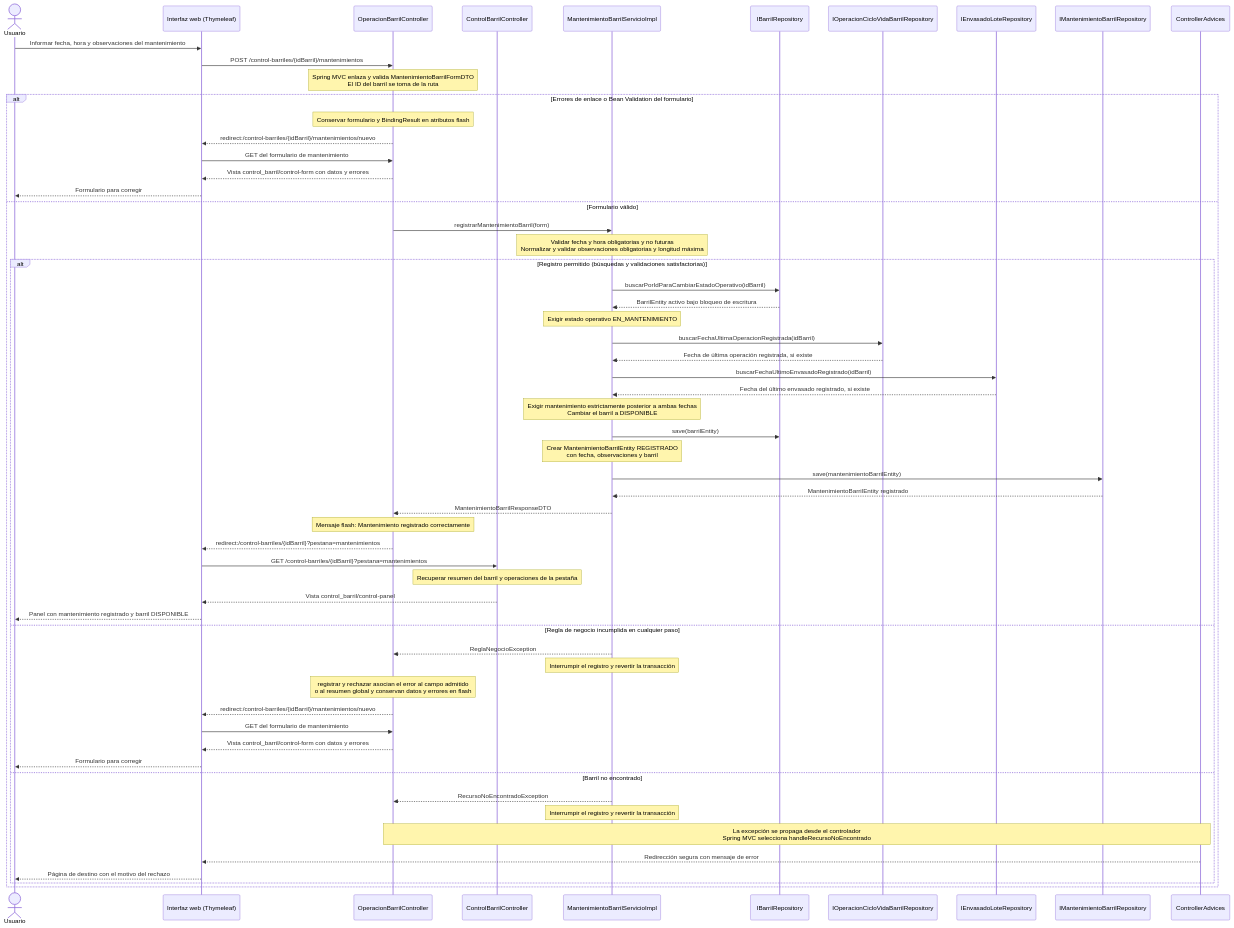
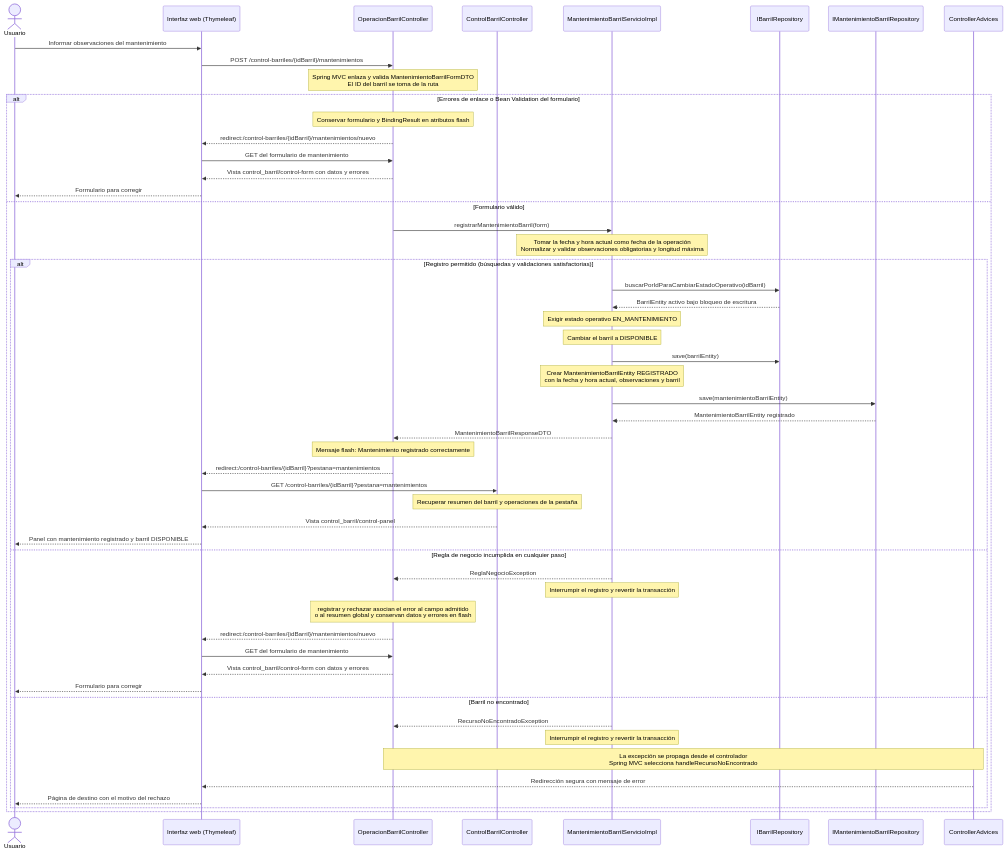
Before and after one commit to HeikyuDev/MaestroCervecero: the diagram in docs/MetodologiaUP/Diseño/DSD/DSD-registrarMantenimientoBarril.md, drawn with Mermaid. The commit also changed other lines of this file and 79 other files, not shown here.

First line of the commit message:
refactor(ciclo-vida): register lifecycle operations with the current date and time

````diff
--- a/docs/MetodologiaUP/Diseño/DSD/DSD-registrarMantenimientoBarril.md
+++ b/docs/MetodologiaUP/Diseño/DSD/DSD-registrarMantenimientoBarril.md
@@ -5,62 +5,56 @@
 ```mermaid
 sequenceDiagram
     actor Usuario
     participant Vista as Interfaz web (Thymeleaf)
     participant C as OperacionBarrilController
     participant Panel as ControlBarrilController
     participant S as MantenimientoBarrilServicioImpl
     participant B as IBarrilRepository
-    participant O as IOperacionCicloVidaBarrilRepository
-    participant E as IEnvasadoLoteRepository
     participant M as IMantenimientoBarrilRepository
     participant A as ControllerAdvices
 
-    Usuario->>Vista: Informar fecha, hora y observaciones del mantenimiento
+    Usuario->>Vista: Informar observaciones del mantenimiento
     Vista->>C: POST /control-barriles/{idBarril}/mantenimientos
     Note over C: Spring MVC enlaza y valida MantenimientoBarrilFormDTO<br/>El ID del barril se toma de la ruta
     alt Errores de enlace o Bean Validation del formulario
         Note over C: Conservar formulario y BindingResult en atributos flash
         C-->>Vista: redirect:/control-barriles/{idBarril}/mantenimientos/nuevo
         Vista->>C: GET del formulario de mantenimiento
         C-->>Vista: Vista control_barril/control-form con datos y errores
         Vista-->>Usuario: Formulario para corregir
     else Formulario válido
         C->>S: registrarMantenimientoBarril(form)
-        Note over S: Validar fecha y hora obligatorias y no futuras<br/>Normalizar y validar observaciones obligatorias y longitud máxima
+        Note over S: Tomar la fecha y hora actual como fecha de la operación<br/>Normalizar y validar observaciones obligatorias y longitud máxima
         alt Registro permitido (búsquedas y validaciones satisfactorias)
             S->>B: buscarPorIdParaCambiarEstadoOperativo(idBarril)
             B-->>S: BarrilEntity activo bajo bloqueo de escritura
             Note over S: Exigir estado operativo EN_MANTENIMIENTO
-            S->>O: buscarFechaUltimaOperacionRegistrada(idBarril)
-            O-->>S: Fecha de última operación registrada, si existe
-            S->>E: buscarFechaUltimoEnvasadoRegistrado(idBarril)
-            E-->>S: Fecha del último envasado registrado, si existe
-            Note over S: Exigir mantenimiento estrictamente posterior a ambas fechas<br/>Cambiar el barril a DISPONIBLE
+            Note over S: Cambiar el barril a DISPONIBLE
             S->>B: save(barrilEntity)
-            Note over S: Crear MantenimientoBarrilEntity REGISTRADO<br/>con fecha, observaciones y barril
+            Note over S: Crear MantenimientoBarrilEntity REGISTRADO<br/>con la fecha y hora actual, observaciones y barril
             S->>M: save(mantenimientoBarrilEntity)
             M-->>S: MantenimientoBarrilEntity registrado
             S-->>C: MantenimientoBarrilResponseDTO
             Note over C: Mensaje flash: Mantenimiento registrado correctamente
             C-->>Vista: redirect:/control-barriles/{idBarril}?pestana=mantenimientos
             Vista->>Panel: GET /control-barriles/{idBarril}?pestana=mantenimientos
             Note over Panel: Recuperar resumen del barril y operaciones de la pestaña
             Panel-->>Vista: Vista control_barril/control-panel
             Vista-->>Usuario: Panel con mantenimiento registrado y barril DISPONIBLE
         else Regla de negocio incumplida en cualquier paso
             S-->>C: ReglaNegocioException
             Note over S: Interrumpir el registro y revertir la transacción
             Note over C: registrar y rechazar asocian el error al campo admitido<br/>o al resumen global y conservan datos y errores en flash
             C-->>Vista: redirect:/control-barriles/{idBarril}/mantenimientos/nuevo
             Vista->>C: GET del formulario de mantenimiento
             C-->>Vista: Vista control_barril/control-form con datos y errores
             Vista-->>Usuario: Formulario para corregir
         else Barril no encontrado
             S-->>C: RecursoNoEncontradoException
             Note over S: Interrumpir el registro y revertir la transacción
             Note over C,A: La excepción se propaga desde el controlador<br/>Spring MVC selecciona handleRecursoNoEncontrado
             A-->>Vista: Redirección segura con mensaje de error
             Vista-->>Usuario: Página de destino con el motivo del rechazo
         end
     end
 ```
````
